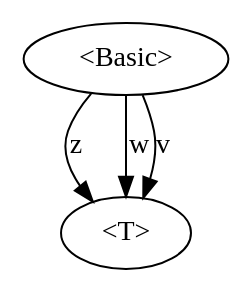
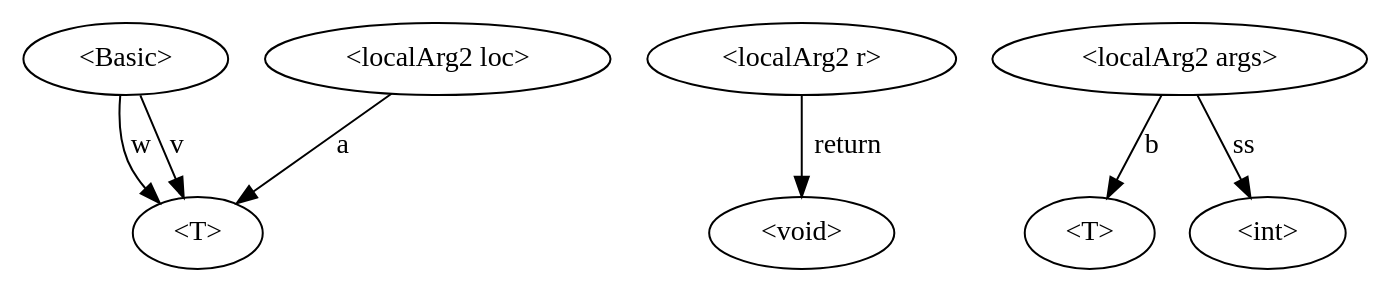
One commit to varivera/aliasing-java changed the diagram in AliasingImpl/source/test.dot. Above: the diagram before and after it, drawn with Graphviz. The commit also changed 9 other files, not shown here.

First line of the commit message:
* Starting with local variables and arguments. The implementation is handling the basic cases.

```diff
--- a/AliasingImpl/source/test.dot
+++ b/AliasingImpl/source/test.dot
@@ -1,7 +1,17 @@
 digraph G {
-n1->n2 [label="z"]
-n1->n2 [label="w"]
-n1->n2 [label="v"]
-n1[label="<Basic>"]
-n2[label="<T>"]
+n0->n8 [label="w"]
+n0->n8 [label="v"]
+n0[label="<Basic>"]
+n8[label="<T>"]
+n3->n4 [label="return"]
+n3[label="<localArg2 r>"]
+n4[label="<void>"]
+n1->n5 [label="b"]
+n1->n6 [label="ss"]
+n1[label="<localArg2 args>"]
+n5[label="<T>"]
+n6[label="<int>"]
+n2->n8 [label="a"]
+n2[label="<localArg2 loc>"]
+n8[label="<T>"]
 }
```
